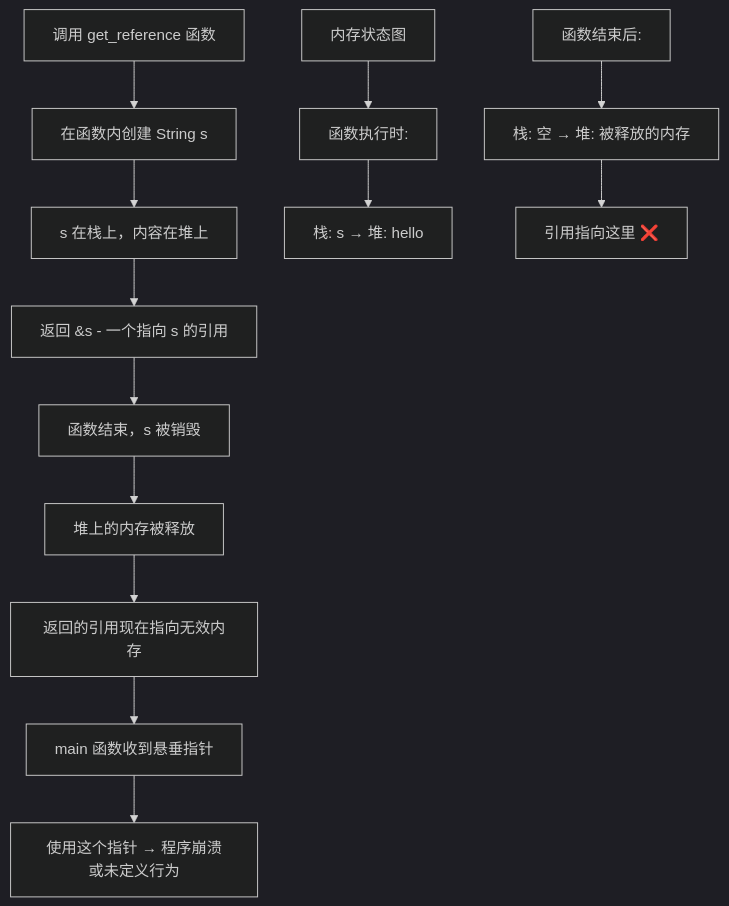
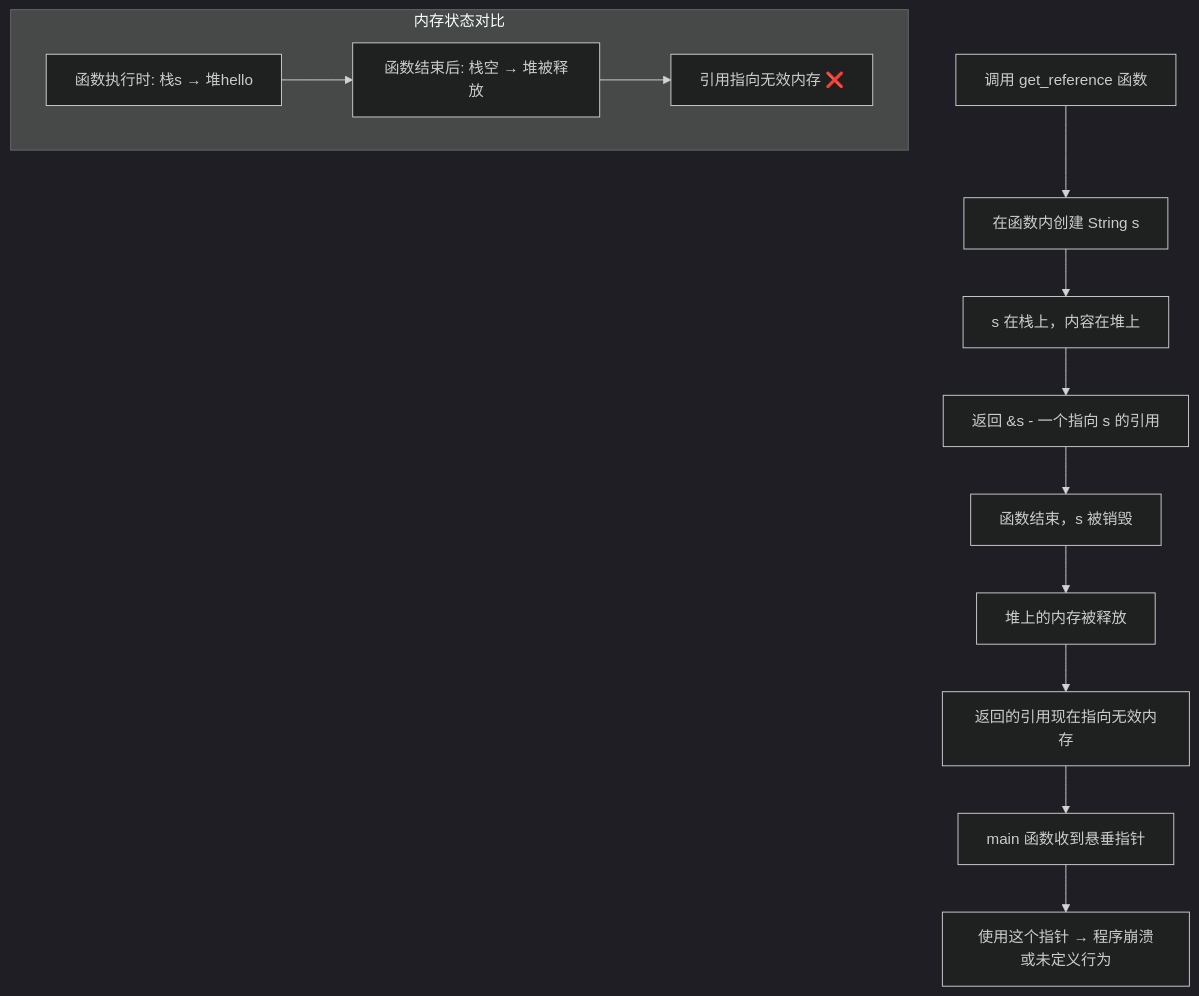
The second of 22 diagrams in rust_advanced_syntax_guide.md (hicms/rust), drawn with Mermaid (dark theme) before and after one commit. The commit also changed other lines of this file, not shown here.

````diff
--- a/rust_advanced_syntax_guide.md
+++ b/rust_advanced_syntax_guide.md
@@ -85,17 +85,19 @@
 ```mermaid
 graph TB
     A[调用 get_reference 函数] --> B[在函数内创建 String s]
     B --> C[s 在栈上，内容在堆上]
     C --> D[返回 &s - 一个指向 s 的引用]
     D --> E[函数结束，s 被销毁]
     E --> F[堆上的内存被释放]
     F --> G[返回的引用现在指向无效内存]
     G --> H[main 函数收到悬垂指针]
     H --> I[使用这个指针 → 程序崩溃或未定义行为]
     
-    J[内存状态图] --> K[函数执行时:]
-    K --> L[栈: s → 堆: hello]
-    M[函数结束后:]
-    M --> N[栈: 空 → 堆: 被释放的内存]
-    N --> O[引用指向这里 ❌]
+    subgraph "内存状态对比"
+        J[函数执行时: 栈s → 堆hello]
+        K[函数结束后: 栈空 → 堆被释放]
+        L[引用指向无效内存 ❌]
+        J --> K
+        K --> L
+    end
 ```
````
